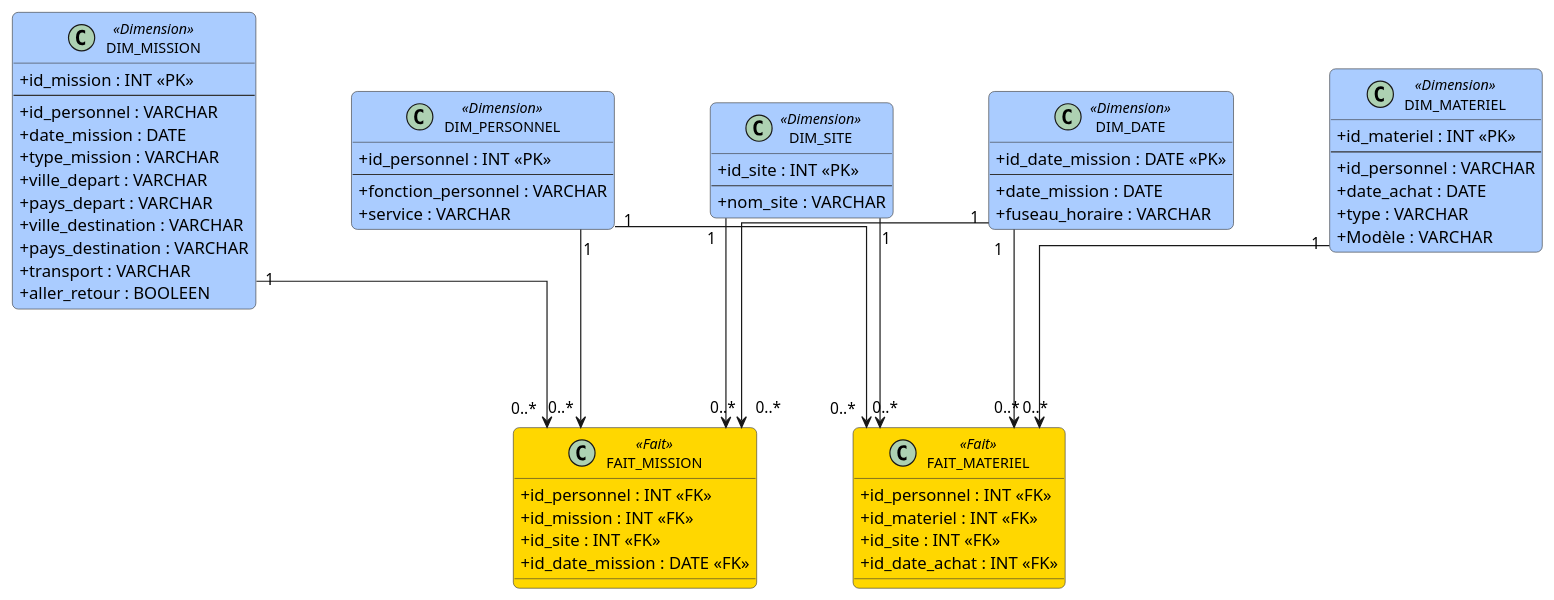
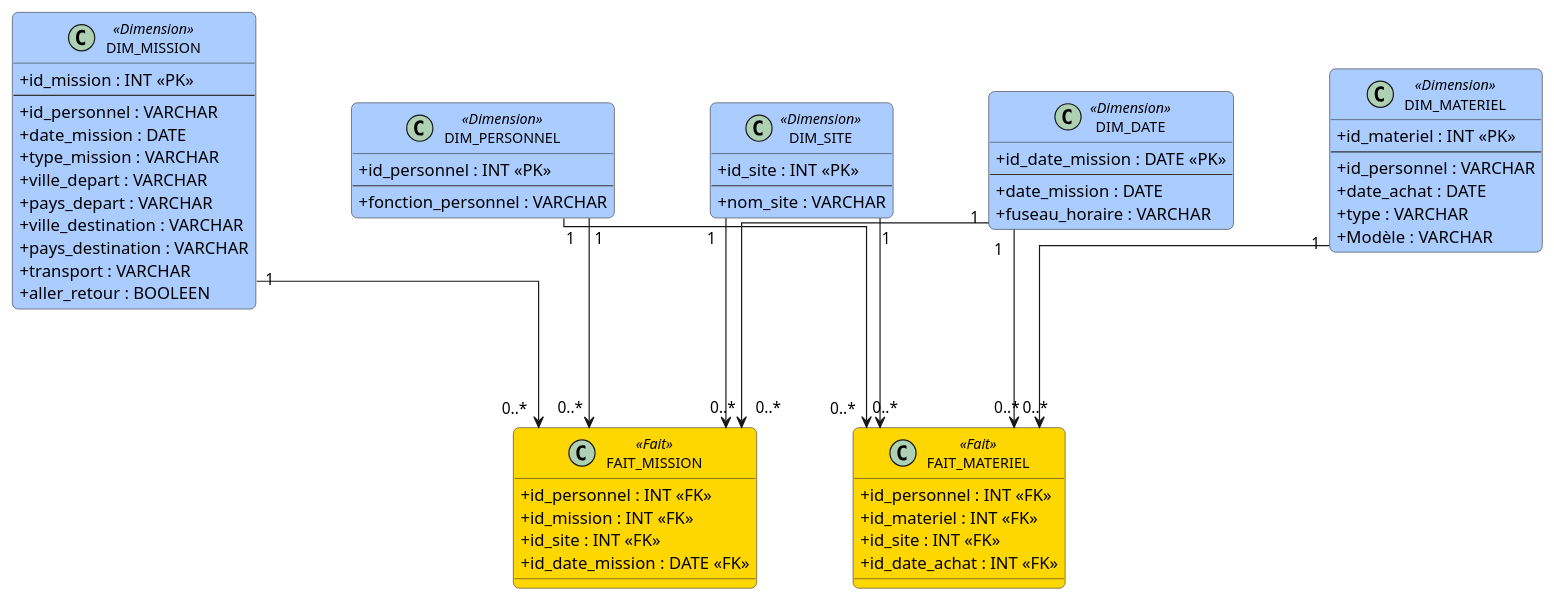
Before and after one commit to etiennevzn/GHG-inventory: the diagram in data.puml, drawn with PlantUML. The commit also changed 2 other files, not shown here.

```diff
--- a/data.puml
+++ b/data.puml
@@ -1,101 +1,100 @@
 @startuml ModeleDonnees
 
 skinparam classAttributeIconSize 0
 skinparam linetype ortho
 skinparam nodesep 80
 skinparam ranksep 100
 skinparam shadowing false
 skinparam roundCorner 10
 
 skinparam class {
   BackgroundColor<<Fait>> #FFD700
   BackgroundColor<<Dimension>> #AACCFF
   BorderColor #333333
   FontSize 12
 }
 
 ' ===== DIMENSIONS PARTAGÉES / HAUT =====
 class DIM_MISSION << Dimension >> {
   + id_mission : INT <<PK>>
   --
   + id_personnel : VARCHAR
   + date_mission : DATE
   + type_mission : VARCHAR
   + ville_depart : VARCHAR
   + pays_depart : VARCHAR
   + ville_destination : VARCHAR
   + pays_destination : VARCHAR
   + transport : VARCHAR
   + aller_retour : BOOLEEN  
 }
 
 class DIM_MATERIEL << Dimension >> {
   + id_materiel : INT <<PK>>
   --
   + id_personnel : VARCHAR
   + date_achat : DATE
   + type : VARCHAR
   + Modèle : VARCHAR
 }
 
 ' ===== DIMENSION CENTRALE PARTAGÉE =====
 class DIM_PERSONNEL << Dimension >> {
   + id_personnel : INT <<PK>>
   --
   + fonction_personnel : VARCHAR
-  + service : VARCHAR
 }
 
 class DIM_SITE << Dimension >> {
   + id_site : INT <<PK>>
   --
   + nom_site : VARCHAR
 }
 
 class DIM_DATE << Dimension >> {
   + id_date_mission : DATE <<PK>>
   --
   + date_mission : DATE
   + fuseau_horaire : VARCHAR
 }
 
 ' ===== TABLES DE FAITS =====
 class FAIT_MISSION << Fait >> {
   + id_personnel : INT <<FK>>
   + id_mission : INT <<FK>>
   + id_site : INT <<FK>>
   + id_date_mission : DATE <<FK>>
 }
 
 class FAIT_MATERIEL << Fait >> {
   + id_personnel : INT <<FK>>
   + id_materiel : INT <<FK>>
   + id_site : INT <<FK>>
   + id_date_achat : INT <<FK>>
 }
 
 ' ===== POSITIONNEMENT =====
 ' Ligne du haut : dimensions spécifiques
 DIM_MISSION  -[hidden]right- DIM_MATERIEL
 
 ' Faits côte à côte au milieu
 FAIT_MISSION -[hidden]right- FAIT_MATERIEL
 
 ' Ligne du bas : dimensions partagées
 DIM_PERSONNEL -[hidden]right- DIM_SITE
 
 ' ===== RELATIONS FAIT_MISSION =====
 DIM_MISSION       "1" --> "0..*" FAIT_MISSION
 DIM_PERSONNEL     "1" --> "0..*" FAIT_MISSION
 DIM_SITE          "1" --> "0..*" FAIT_MISSION
 DIM_DATE    "1" --> "0..*" FAIT_MISSION
 
 ' ===== RELATIONS FAIT_MATERIEL =====
 DIM_MATERIEL      "1" --> "0..*" FAIT_MATERIEL
 DIM_PERSONNEL     "1" --> "0..*" FAIT_MATERIEL
 DIM_SITE          "1" --> "0..*" FAIT_MATERIEL
 DIM_DATE  "1" --> "0..*" FAIT_MATERIEL
 
 
 
 @enduml
```
